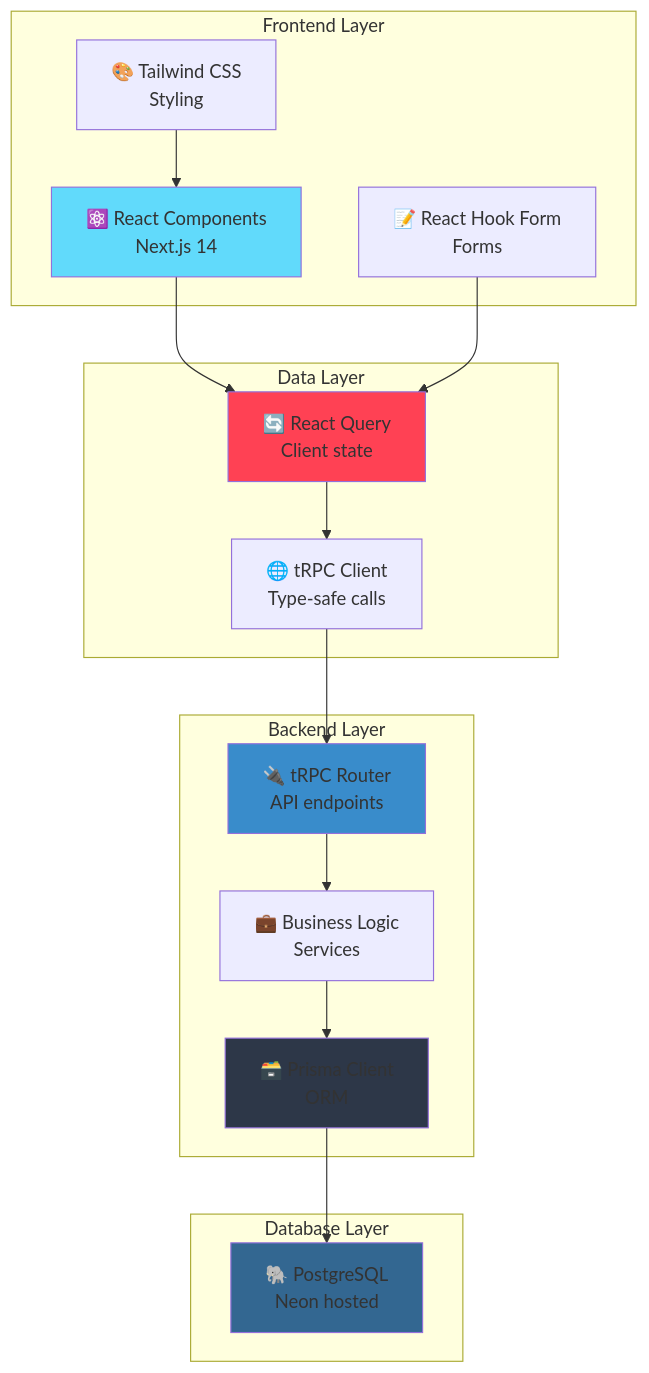
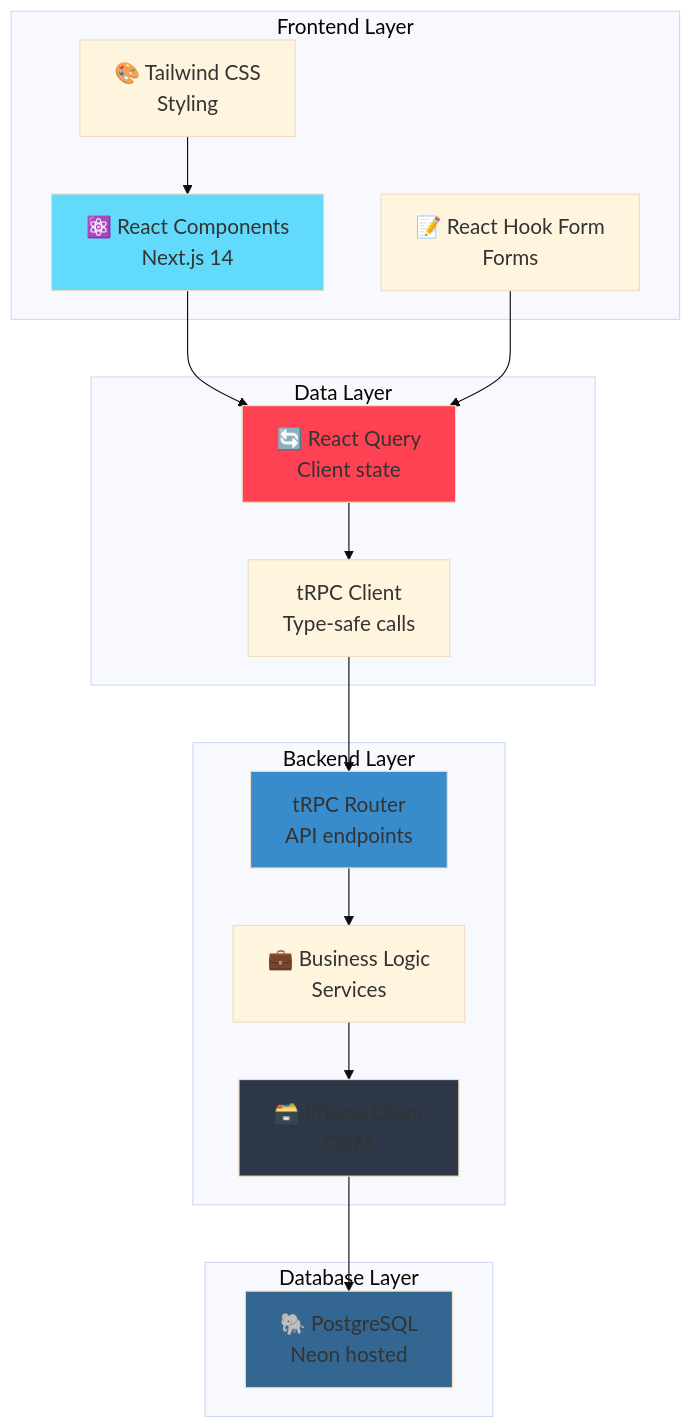
Before and after one commit to Ai-Whisperers/Courses-Content: the second of 9 diagrams in courses/🟡-development/FPUNA-2026/01-DESARROLLO-SOFTWARE/especializaciones/web-development/02-desarrollo-fullstack.md, drawn with Mermaid. The commit also changed other lines of this file and 47 other files, not shown here.

First line of the commit message:
fix: Make all 473 diagrams WCAG AAA accessible (FPUNA-2026)

````diff
--- a/courses/🟡-development/FPUNA-2026/01-DESARROLLO-SOFTWARE/especializaciones/web-development/02-desarrollo-fullstack.md
+++ b/courses/🟡-development/FPUNA-2026/01-DESARROLLO-SOFTWARE/especializaciones/web-development/02-desarrollo-fullstack.md
@@ -202,38 +203,39 @@
 ```mermaid
+%%{init: {'theme':'base', 'themeVariables': {'fontSize':'18px'}}}%%
 graph TD
     subgraph "Frontend Layer"
         A[⚛️ React Components<br/>Next.js 14]
         B[🎨 Tailwind CSS<br/>Styling]
         C[📝 React Hook Form<br/>Forms]
     end
     
     subgraph "Data Layer"
         D[🔄 React Query<br/>Client state]
-        E[🌐 tRPC Client<br/>Type-safe calls]
+        E[tRPC Client<br/>Type-safe calls]
     end
     
     subgraph "Backend Layer"
-        F[🔌 tRPC Router<br/>API endpoints]
+        F[tRPC Router<br/>API endpoints]
         G[💼 Business Logic<br/>Services]
         H[🗃️ Prisma Client<br/>ORM]
     end
     
     subgraph "Database Layer"
         I[🐘 PostgreSQL<br/>Neon hosted]
     end
     
     A --> D
     B --> A
     C --> D
     D --> E
     E --> F
     F --> G
     G --> H
     H --> I
     
     style A fill:#61DAFB
     style D fill:#FF4154
     style F fill:#398CCB
     style H fill:#2D3748
     style I fill:#336791
 ```
````
